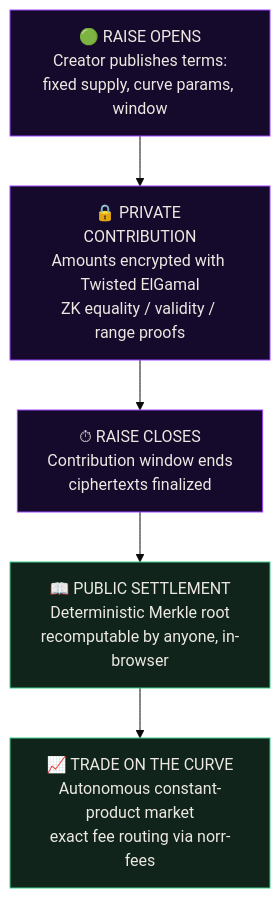
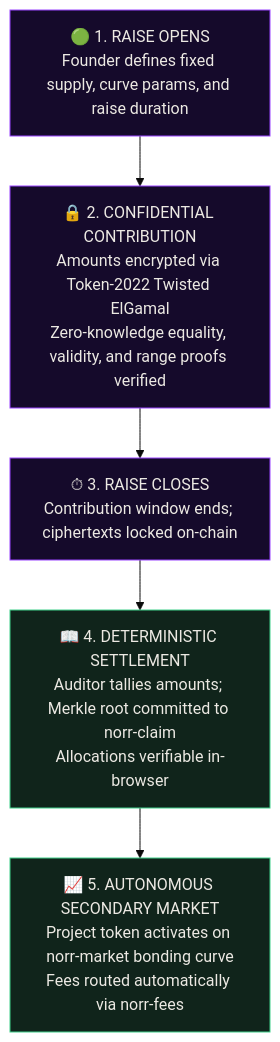
The first of 2 diagrams in README.md (ShrikarT/norr), drawn with Mermaid (base theme) before and after one commit. The commit also changed other lines of this file and 9 other files, not shown here.

````diff
--- a/README.md
+++ b/README.md
@@ -60,13 +52,13 @@
 ```mermaid
 flowchart TD
-    A["🟢 RAISE OPENS<br/>Creator publishes terms:<br/>fixed supply, curve params, window"] --> B["🔒 PRIVATE CONTRIBUTION<br/>Amounts encrypted with Twisted ElGamal<br/>ZK equality / validity / range proofs"]
-    B --> C["⏱ RAISE CLOSES<br/>Contribution window ends<br/>ciphertexts finalized"]
-    C --> D["📖 PUBLIC SETTLEMENT<br/>Deterministic Merkle root<br/>recomputable by anyone, in-browser"]
-    D --> E["📈 TRADE ON THE CURVE<br/>Autonomous constant-product market<br/>exact fee routing via norr-fees"]
+    A["🟢 1. RAISE OPENS<br/>Founder defines fixed supply, curve params, and raise duration"] --> B["🔒 2. CONFIDENTIAL CONTRIBUTION<br/>Amounts encrypted via Token-2022 Twisted ElGamal<br/>Zero-knowledge equality, validity, and range proofs verified"]
+    B --> C["⏱ 3. RAISE CLOSES<br/>Contribution window ends; ciphertexts locked on-chain"]
+    C --> D["📖 4. DETERMINISTIC SETTLEMENT<br/>Auditor tallies amounts; Merkle root committed to norr-claim<br/>Allocations verifiable in-browser"]
+    D --> E["📈 5. AUTONOMOUS SECONDARY MARKET<br/>Project token activates on norr-market bonding curve<br/>Fees routed automatically via norr-fees"]
 
     style A fill:#150a2b,stroke:#9945ff,color:#ece9e3
     style B fill:#150a2b,stroke:#9945ff,color:#ece9e3
     style C fill:#150a2b,stroke:#9945ff,color:#ece9e3
     style D fill:#10241b,stroke:#3fcf8a,color:#ece9e3
     style E fill:#10241b,stroke:#3fcf8a,color:#ece9e3
 ```
````
